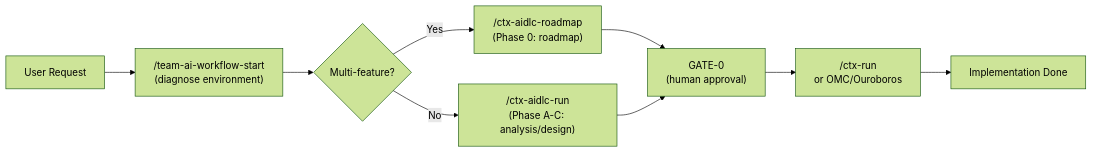
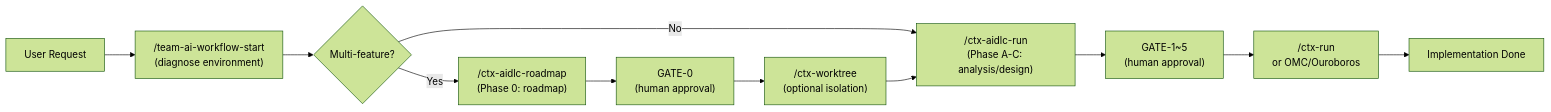
The diagram in README.en.md (TaeseongYun/aidlc-workflow), drawn with Mermaid (forest theme) before and after one commit. The commit also changed other lines of this file and 4 other files, not shown here.

Commit message:
feat: add roadmap-driven worktree allocation

````diff
--- a/README.en.md
+++ b/README.en.md
@@ -66,11 +66,13 @@
 ```mermaid
 graph LR
     A["User Request"] --> B["/team-ai-workflow-start<br/>(diagnose environment)"]
     B --> C{"Multi-feature?"}
     C -->|Yes| D["/ctx-aidlc-roadmap<br/>(Phase 0: roadmap)"]
     C -->|No| E["/ctx-aidlc-run<br/>(Phase A-C: analysis/design)"]
-    D --> F["GATE-0<br/>(human approval)"]
-    E --> F
+    D --> F0["GATE-0<br/>(human approval)"]
+    F0 --> W["/ctx-worktree<br/>(optional isolation)"]
+    W --> E
+    E --> F["GATE-1~5<br/>(human approval)"]
     F --> G["/ctx-run<br/>or OMC/Ouroboros"]
     G --> H["Implementation Done"]
 ```
````
